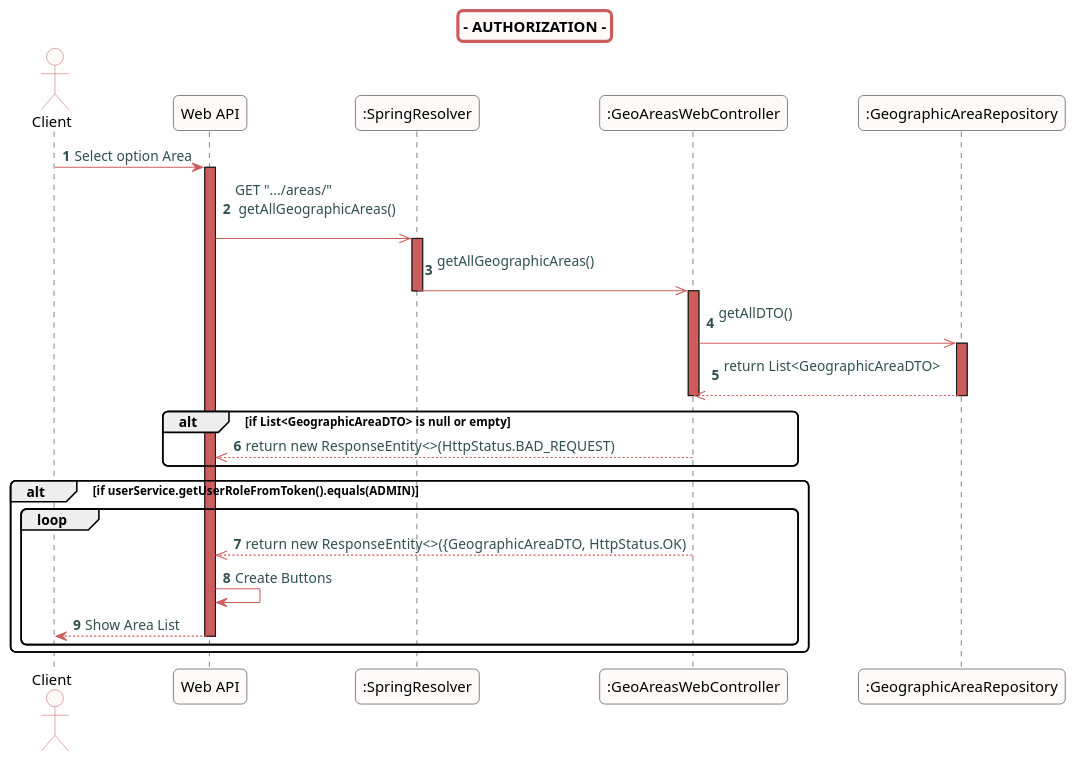
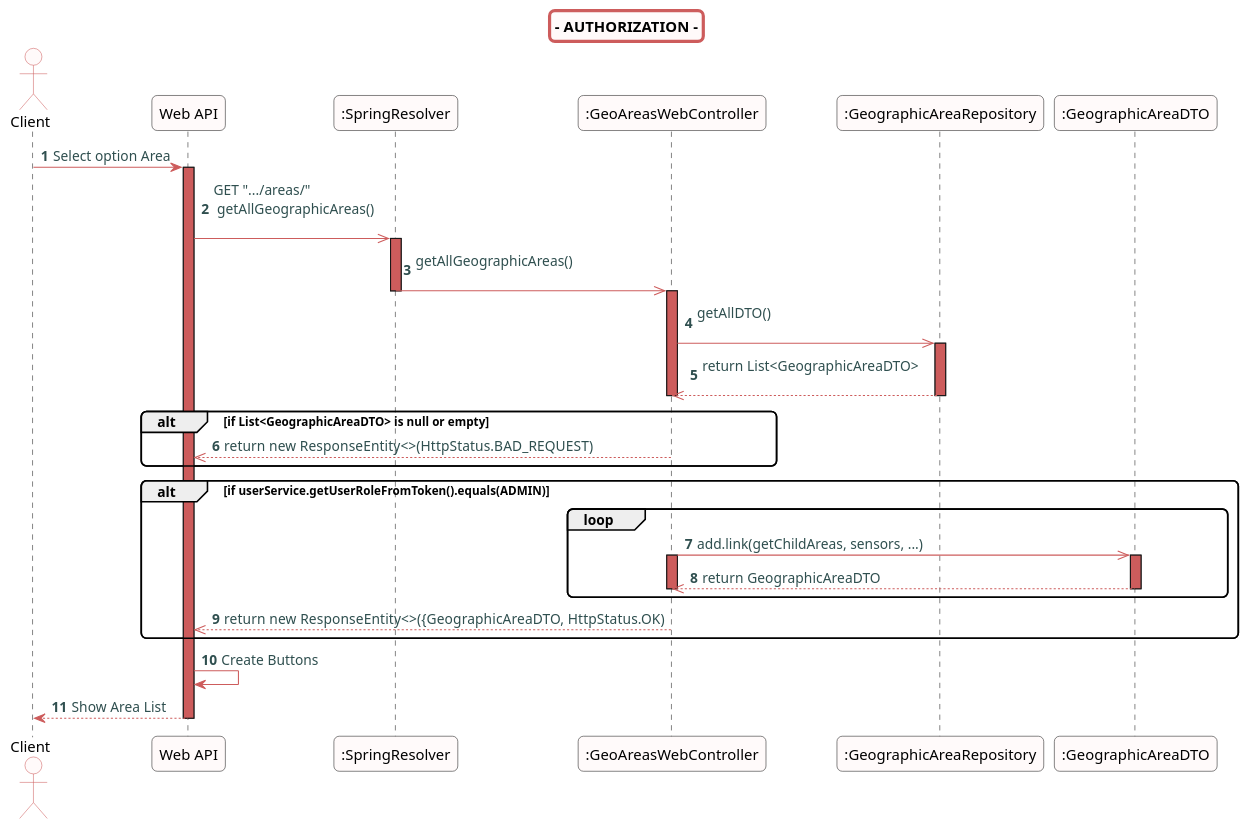
One commit to Almadanmp/frontend4 changed the diagram in src/doc/WEB_Controllers/GASettings/geListAreas_sd.puml. Above: the diagram before and after it, drawn with PlantUML.

Commit message:
get areas list diagram sd: small corrections

```diff
--- a/src/doc/WEB_Controllers/GASettings/geListAreas_sd.puml
+++ b/src/doc/WEB_Controllers/GASettings/geListAreas_sd.puml
@@ -1,60 +1,68 @@
 @startuml
 skinparam titleBorderRoundCorner 10
 skinparam titleBorderThickness 3
 skinparam titleBorderColor indianred
 skinparam titleBackgroundColor snow
 skinparam FontName quicksand
 
 skinparam actor {
   BorderColor indianred
   backgroundColor Snow
   }
 
 skinparam sequence {
   LifeLineBackgroundColor indianred
   ParticipantBackgroundColor snow
 }
 
 skinparam roundcorner 10
 
 skinparam component {
   arrowThickness 1
   ArrowFontName Verdana
   ArrowColor indianred
   ArrowFontColor darkslategrey
 }
 
 
 title - AUTHORIZATION -
 
 autonumber
 
 actor "Client"
 
 "Client" -> "Web API": Select option Area
 
 activate "Web API"
 "Web API" ->> ":SpringResolver":  GET ".../areas/" \n getAllGeographicAreas() \n
 activate ":SpringResolver"
 ":SpringResolver" ->> ":GeoAreasWebController": getAllGeographicAreas() \n
 deactivate ":SpringResolver"
 activate ":GeoAreasWebController"
 ":GeoAreasWebController" ->> ":GeographicAreaRepository": getAllDTO() \n
 activate ":GeographicAreaRepository"
 ":GeographicAreaRepository" -->> ":GeoAreasWebController":  return List<GeographicAreaDTO> \n
 deactivate ":GeographicAreaRepository"
 deactivate ":GeoAreasWebController"
 alt if List<GeographicAreaDTO> is null or empty
 ":GeoAreasWebController" -->> "Web API": return  new ResponseEntity<>(HttpStatus.BAD_REQUEST)
 end
 
 
 alt if userService.getUserRoleFromToken().equals(ADMIN)
 loop
+
+":GeoAreasWebController" ->> ":GeographicAreaDTO": add.link(getChildAreas, sensors, ...)
+activate ":GeoAreasWebController"
+activate ":GeographicAreaDTO"
+":GeographicAreaDTO" -->> ":GeoAreasWebController": return GeographicAreaDTO
+deactivate ":GeographicAreaDTO"
+deactivate ":GeoAreasWebController"
+end
 ":GeoAreasWebController" -->> "Web API": return  new ResponseEntity<>({GeographicAreaDTO, HttpStatus.OK)
+end
 "Web API" -> "Web API": Create Buttons
 "Web API" --> "Client": Show Area List
 deactivate "Web API"
-end
-end
+
 @enduml
```
